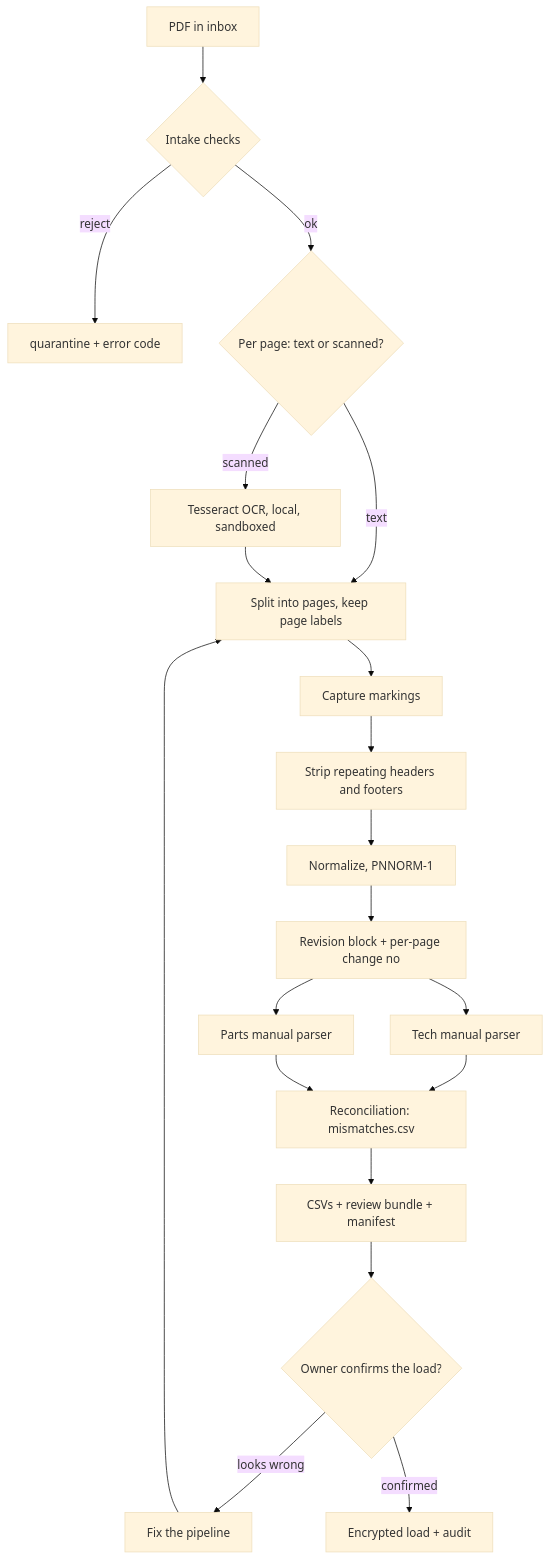
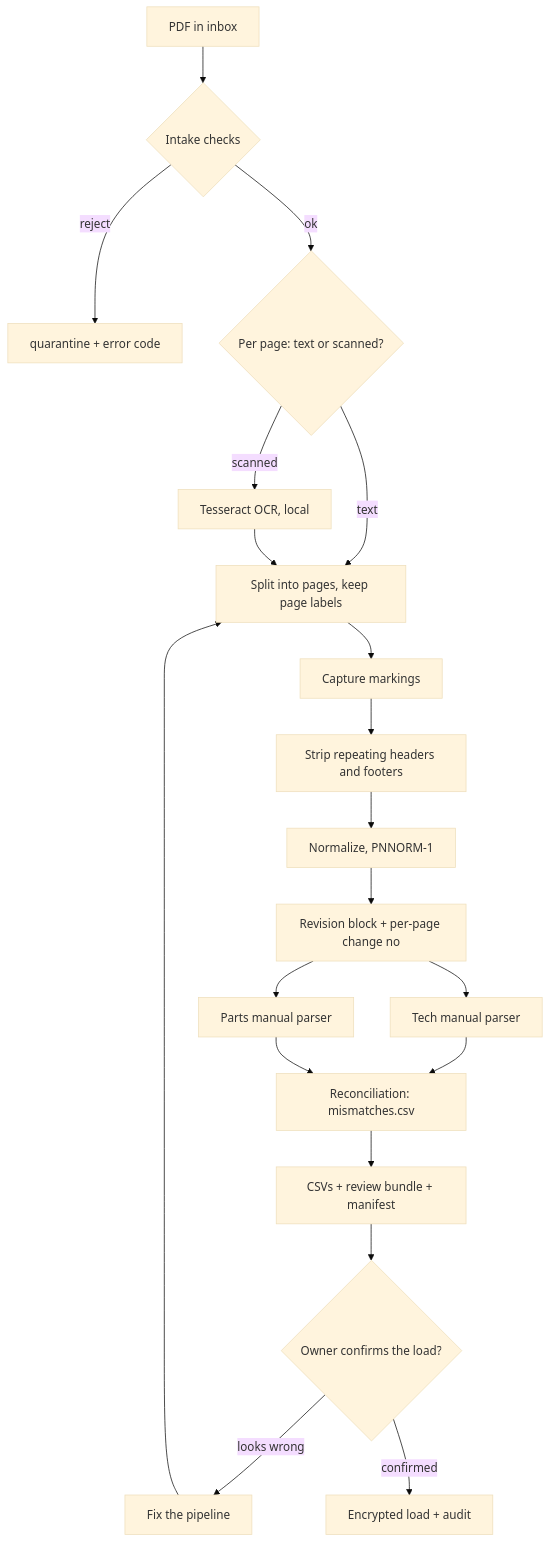
Before and after one commit to IRKillRoyDev/WorkOrder: the diagram in design/02-pdf-extraction-pipeline v1.2 BD.042229ff.md, drawn with Mermaid (base theme). The commit also changed other lines of this file and 17 other files, not shown here.

````diff
--- a/design/02-pdf-extraction-pipeline v1.2 BD.042229ff.md
+++ b/design/02-pdf-extraction-pipeline v1.2 BD.042229ff.md
@@ -63,21 +63,21 @@
 ```mermaid
 flowchart TD
   A[PDF in inbox] --> Z{Intake checks}
   Z -- reject --> Q[quarantine + error code]
   Z -- ok --> B{Per page: text or scanned?}
-  B -- scanned --> C[Tesseract OCR, local, sandboxed]
+  B -- scanned --> C[Tesseract OCR, local]
   B -- text --> D[Split into pages, keep page labels]
   C --> D
   D --> MK[Capture markings]
   MK --> F[Strip repeating headers and footers]
   F --> E[Normalize, PNNORM-1]
   E --> G[Revision block + per-page change no]
   G --> H[Tech manual parser]
   G --> I[Parts manual parser]
   H --> J[Reconciliation: mismatches.csv]
   I --> J
   J --> K[CSVs + review bundle + manifest]
   K --> L{Owner confirms the load?}
   L -- looks wrong --> M[Fix the pipeline] --> D
   L -- confirmed --> N[Encrypted load + audit]
 ```
````
